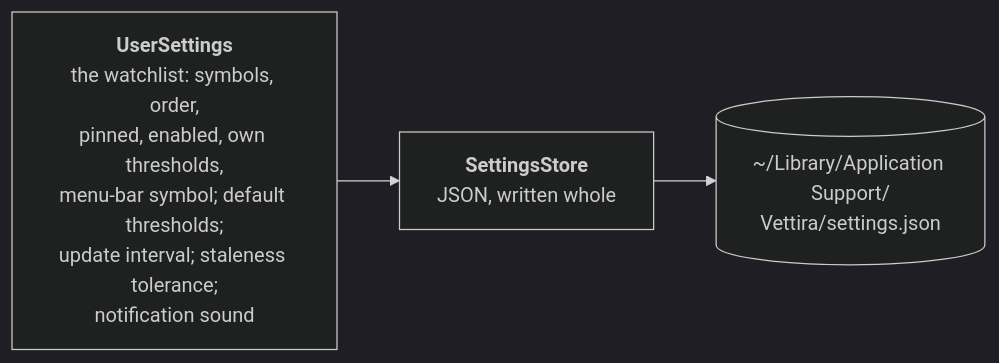
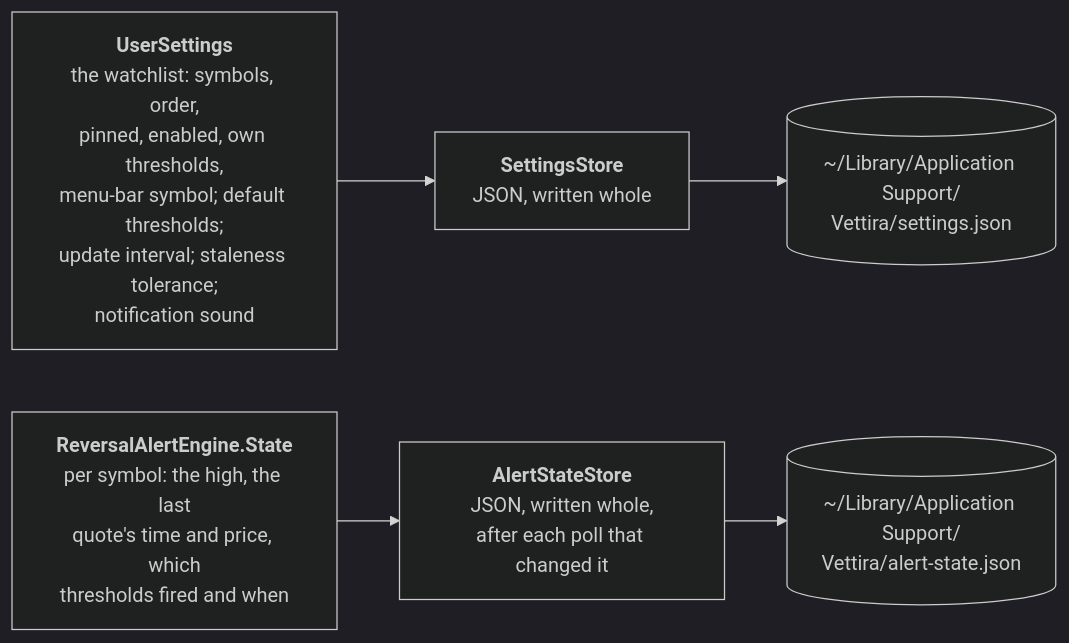
One commit to nikpietanze/vettira changed the third of 5 diagrams in docs/architecture.md. Above: the diagram before and after it, drawn with Mermaid (dark theme). The commit also changed other lines of this file and 12 other files, not shown here.

Commit message:
Save the alert engine's state so a relaunch doesn't alert again

````diff
--- a/docs/architecture.md
+++ b/docs/architecture.md
@@ -167,6 +169,9 @@
 ```mermaid
 flowchart LR
     settings["<b>UserSettings</b><br/>the watchlist: symbols, order,<br/>pinned, enabled, own thresholds,<br/>menu-bar symbol; default thresholds;<br/>update interval; staleness tolerance;<br/>notification sound"]
     store["<b>SettingsStore</b><br/>JSON, written whole"]
     settings --> store --> file[("~/Library/Application Support/<br/>Vettira/settings.json")]
+    engine["<b>ReversalAlertEngine.State</b><br/>per symbol: the high, the last<br/>quote's time and price, which<br/>thresholds fired and when"]
+    stateStore["<b>AlertStateStore</b><br/>JSON, written whole,<br/>after each poll that changed it"]
+    engine --> stateStore --> stateFile[("~/Library/Application Support/<br/>Vettira/alert-state.json")]
 ```
````
